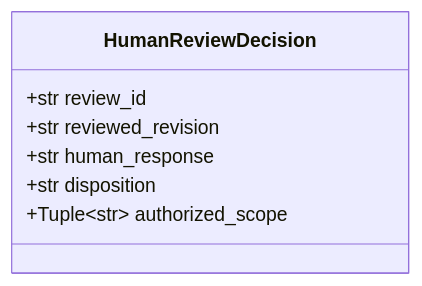
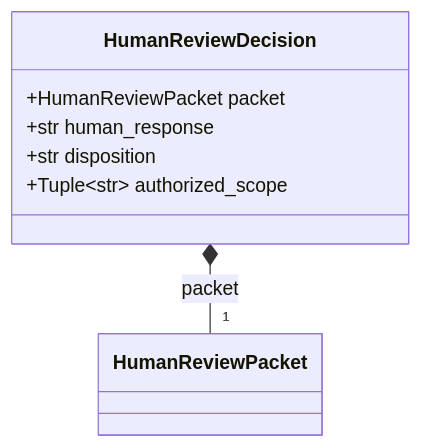
The seventh of 8 diagrams in docs/harness/ksdft2effmass.harness.003.001.002.md (eragasa/ksdft2effmass), drawn with Mermaid before and after one commit. The commit also changed other lines of this file and 17 other files, not shown here.

Commit message:
Correct human review decision architecture

````diff
--- a/docs/harness/ksdft2effmass.harness.003.001.002.md
+++ b/docs/harness/ksdft2effmass.harness.003.001.002.md
@@ -164,10 +165,12 @@
 ```mermaid
 classDiagram
     class HumanReviewDecision {
-        +str review_id
-        +str reviewed_revision
+        +HumanReviewPacket packet
         +str human_response
         +str disposition
         +Tuple~str~ authorized_scope
     }
+    class HumanReviewPacket
+
+    HumanReviewDecision *-- "1" HumanReviewPacket : packet
 ```
````
